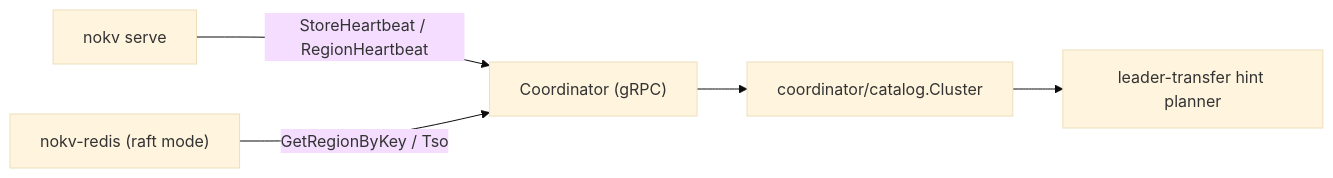
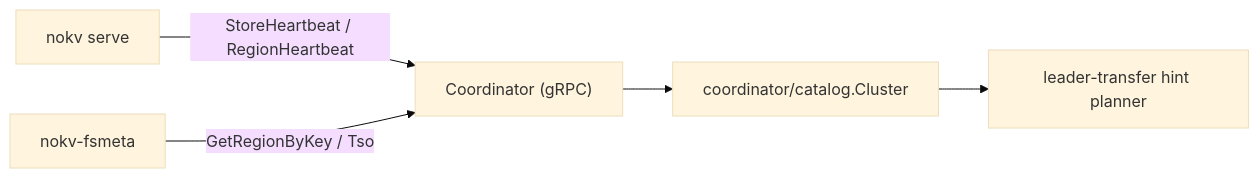
One commit to feichai0017/NoKV changed the diagram in docs/coordinator.md. Above: the diagram before and after it, drawn with Mermaid (base theme). The commit also changed other lines of this file and 38 other files, not shown here.

````diff
--- a/docs/coordinator.md
+++ b/docs/coordinator.md
@@ -30,7 +30,7 @@
 ```mermaid
 flowchart LR
     Store["nokv serve"] -->|"StoreHeartbeat / RegionHeartbeat"| Coordinator["Coordinator (gRPC)"]
-    Gateway["nokv-redis (raft mode)"] -->|"GetRegionByKey / Tso"| Coordinator
+    Gateway["nokv-fsmeta"] -->|"GetRegionByKey / Tso"| Coordinator
     Coordinator --> Cluster["coordinator/catalog.Cluster"]
     Cluster --> Scheduler["leader-transfer hint planner"]
 ```
````
